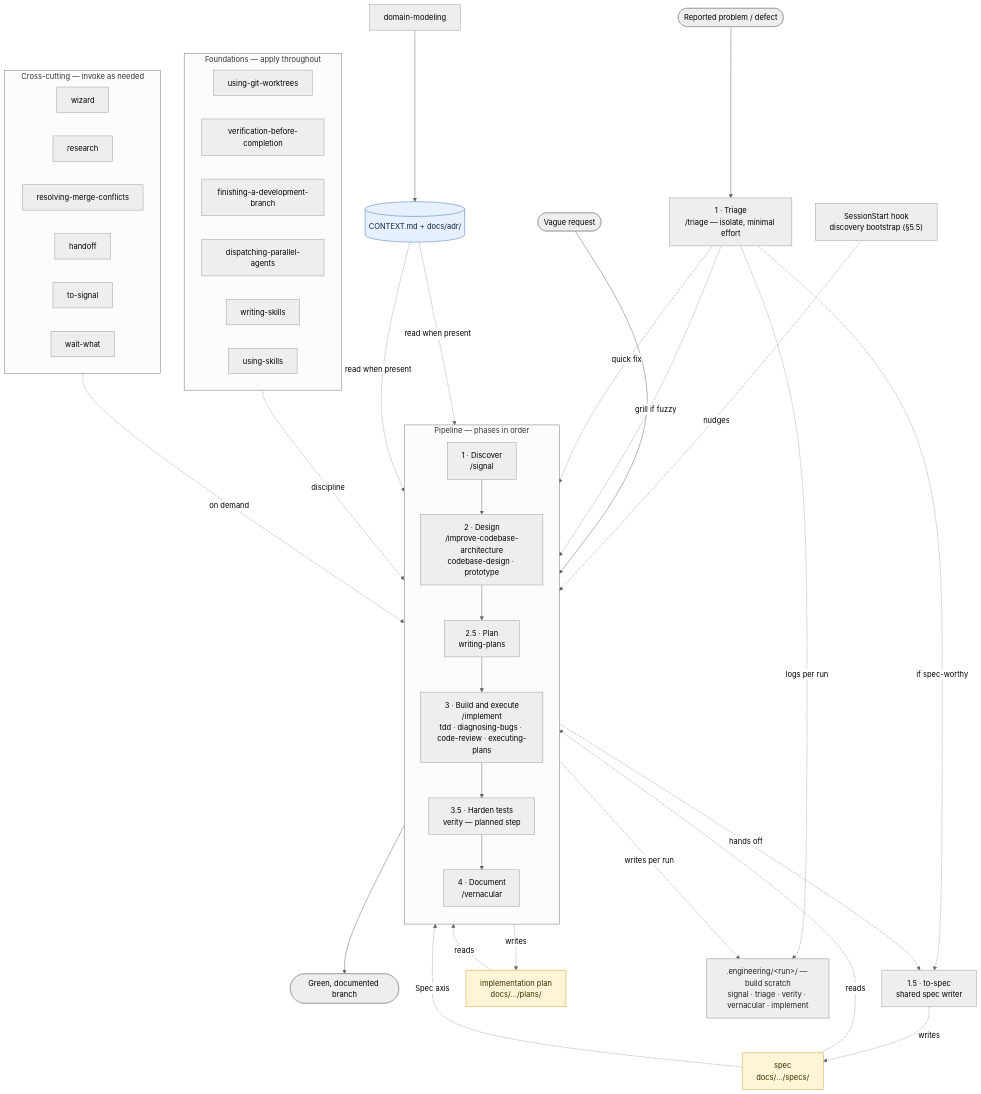
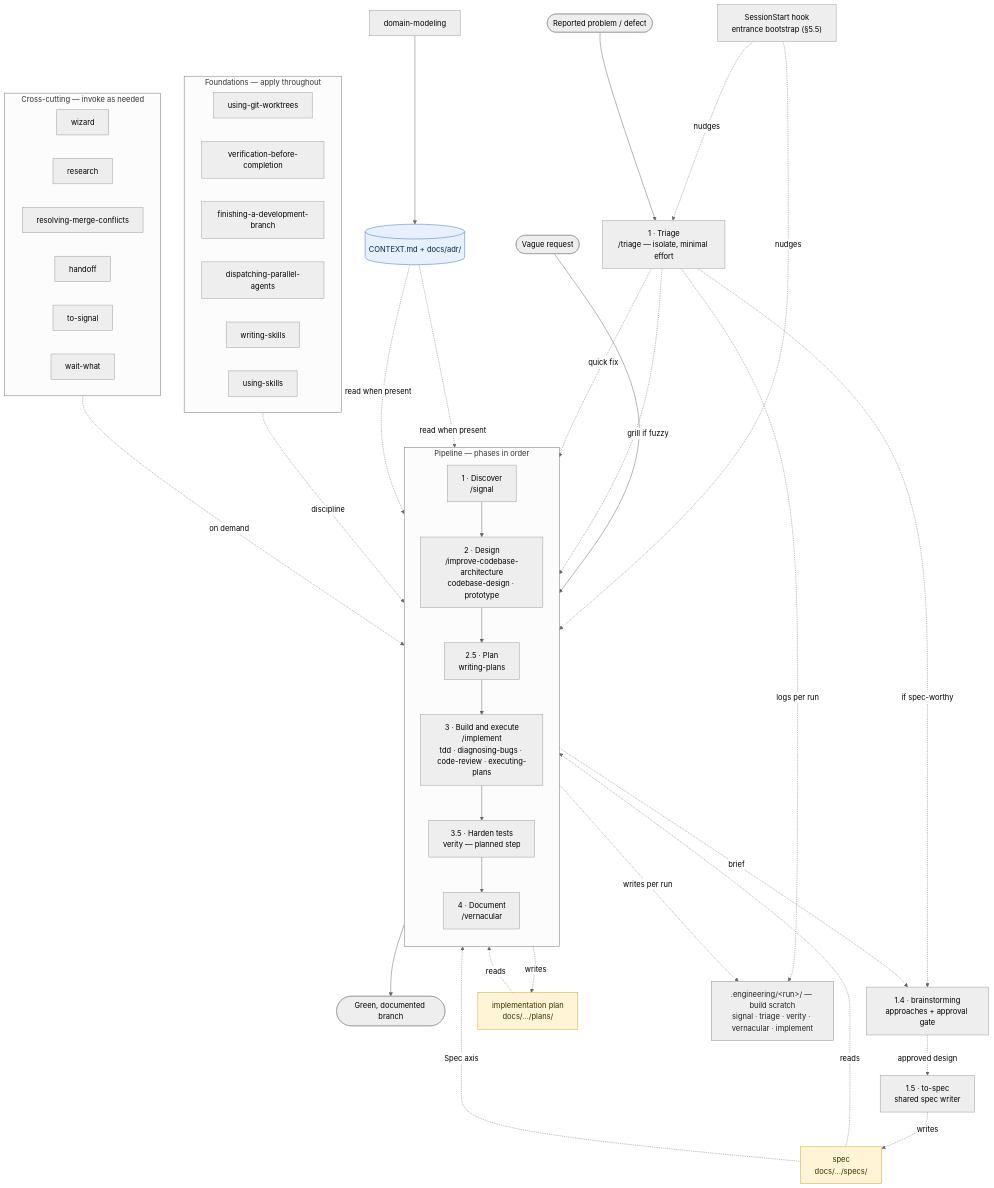
The diagram in docs/dashworthy/engineering/specs/2026-08-21-engineering-plugin-design.md (dashworthy/marketplace), drawn with Mermaid (neutral theme) before and after one commit. The commit also changed other lines of this file, not shown here.

First line of the commit message:
docs(engineering): add brainstorming phase, triage spec-decision table, one-hook-routes-both

````diff
--- a/docs/dashworthy/engineering/specs/2026-08-21-engineering-plugin-design.md
+++ b/docs/dashworthy/engineering/specs/2026-08-21-engineering-plugin-design.md
@@ -158,76 +163,79 @@
 ```mermaid
 flowchart TD
     req(["Vague request"])
     done(["Green, documented branch"])
 
     subgraph PIPE["Pipeline — phases in order"]
       direction TB
       p1["1 · Discover<br/>/signal"]
       p2["2 · Design<br/>/improve-codebase-architecture<br/>codebase-design · prototype"]
       p25["2.5 · Plan<br/>writing-plans"]
       p3["3 · Build and execute<br/>/implement<br/>tdd · diagnosing-bugs · code-review · executing-plans"]
       p35["3.5 · Harden tests<br/>verity — planned step"]
       p4["4 · Document<br/>/vernacular"]
       p1 --> p2 --> p25 --> p3 --> p35 --> p4
     end
 
-    hook["SessionStart hook<br/>discovery bootstrap (§5.5)"]
+    hook["SessionStart hook<br/>entrance bootstrap (§5.5)"]
     hook -. nudges .-> p1
+    hook -. nudges .-> ptri
     req --> p1
     p4 --> done
 
     prob(["Reported problem / defect"])
     ptri["1 · Triage<br/>/triage — isolate, minimal effort"]
     prob --> ptri
     ptri -. grill if fuzzy .-> p1
     ptri -. quick fix .-> p3
 
+    bstorm["1.4 · brainstorming<br/>approaches + approval gate"]
     tospec["1.5 · to-spec<br/>shared spec writer"]
     spec["spec<br/>docs/.../specs/"]
     plan["implementation plan<br/>docs/.../plans/"]
-    p1 -. hands off .-> tospec
-    ptri -. if spec-worthy .-> tospec
+    p1 -. brief .-> bstorm
+    ptri -. if spec-worthy .-> bstorm
+    bstorm -. approved design .-> tospec
     tospec -. writes .-> spec
     spec -. reads .-> p25
     spec -. Spec axis .-> p3
     p25 -. writes .-> plan
     plan -. reads .-> p3
 
     dm["domain-modeling"]
     ctx[("CONTEXT.md + docs/adr/")]
     dm --> ctx
     ctx -. read when present .-> p2
     ctx -. read when present .-> p3
 
     scratch[".engineering/&lt;run&gt;/ — build scratch<br/>signal · triage · verity · vernacular · implement"]
     PIPE -. writes per run .-> scratch
     ptri -. logs per run .-> scratch
 
     subgraph FOUND["Foundations — apply throughout"]
       direction LR
       f1["using-git-worktrees"]
       f2["verification-before-completion"]
       f3["finishing-a-development-branch"]
       f4["dispatching-parallel-agents"]
       f5["writing-skills"]
       f6["using-skills"]
     end
     subgraph XC["Cross-cutting — invoke as needed"]
       direction LR
       x1["wizard"]
       x2["research"]
       x3["resolving-merge-conflicts"]
       x4["handoff"]
       x5["to-signal"]
       x6["wait-what"]
     end
     FOUND -. discipline .-> PIPE
     XC -. on demand .-> PIPE
 
     classDef art fill:#fff5d6,stroke:#c9a227,color:#3a2f00;
     classDef store fill:#e6f0ff,stroke:#3b6fb5,color:#0a2540;
     classDef scratch fill:#eeeeee,stroke:#888,color:#222;
     class spec,plan art;
     class ctx store;
     class scratch scratch;
 ```
````
